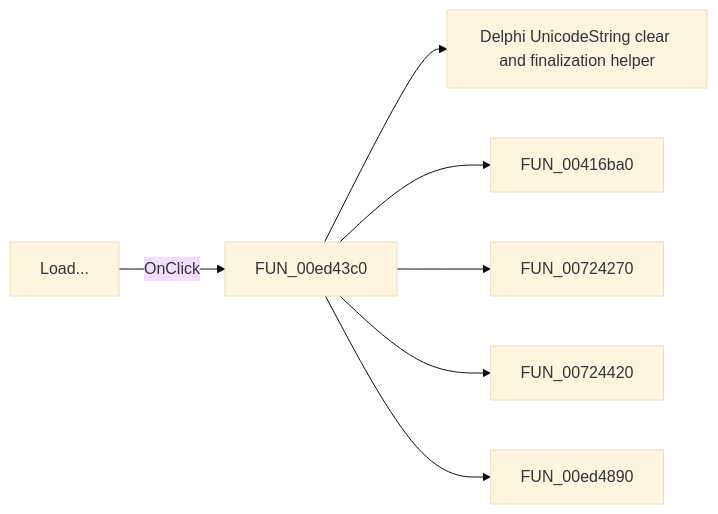
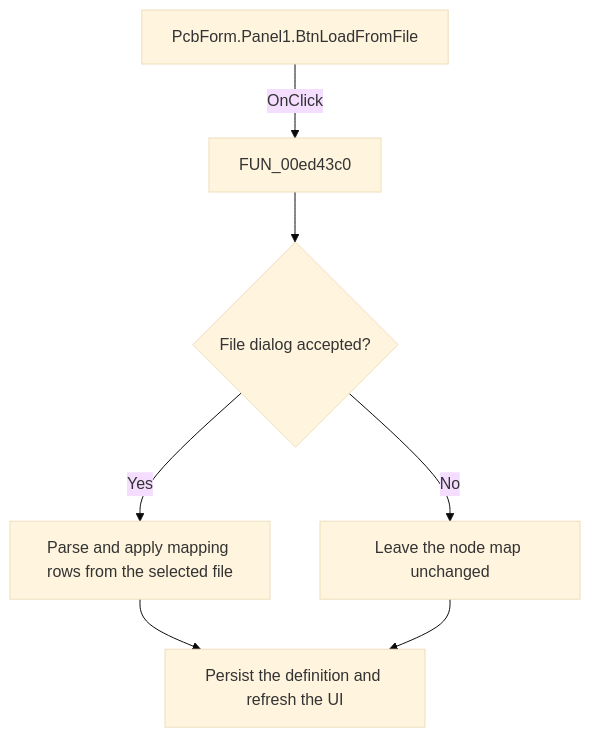
One commit to MovGP0/TIARA changed the diagram in docs/ui-controls/pcbform/btnloadfromfile-31c70eaba3.md. Above: the diagram before and after it, drawn with Mermaid (base theme). The commit also changed other lines of this file and 1062 other files, not shown here.

````diff
--- a/docs/ui-controls/pcbform/btnloadfromfile-31c70eaba3.md
+++ b/docs/ui-controls/pcbform/btnloadfromfile-31c70eaba3.md
@@ -27,9 +29,9 @@
 ```mermaid
-flowchart LR
-    control["Load..."] -->|OnClick| handler["FUN_00ed43c0"]
-    handler --> call1["Delphi UnicodeString clear and finalization helper"]
-    handler --> call2["FUN_00416ba0"]
-    handler --> call3["FUN_00724270"]
-    handler --> call4["FUN_00724420"]
-    handler --> call5["FUN_00ed4890"]
+flowchart TD
+    control["PcbForm.Panel1.BtnLoadFromFile"] -->|OnClick| handler["FUN_00ed43c0"]
+    handler --> decision{"File dialog accepted?"}
+    decision -->|Yes| action["Parse and apply mapping rows from the selected file"]
+    decision -->|No| noop["Leave the node map unchanged"]
+    action --> outcome["Persist the definition and refresh the UI"]
+    noop --> outcome
 ```
````
